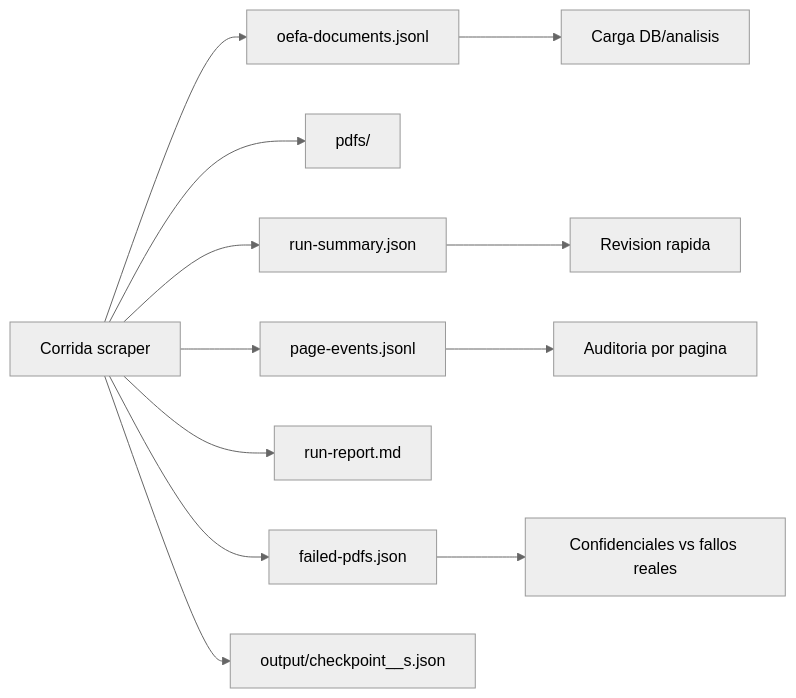
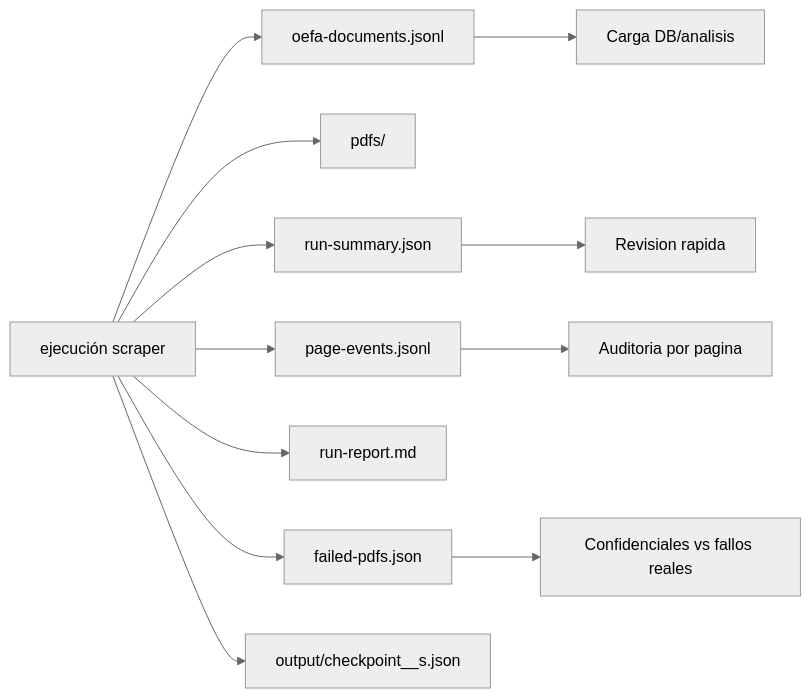
One commit to GatoProgramador-01/pj-peru-scraper changed the fourth of 5 diagrams in README.md. Above: the diagram before and after it, drawn with Mermaid (neutral theme). The commit also changed other lines of this file and 5 other files, not shown here.

````diff
--- a/README.md
+++ b/README.md
@@ -247,15 +247,15 @@
 ```mermaid
 flowchart LR
-    Run["Corrida scraper"] --> JSONL["oefa-documents.jsonl"]
+    Run["ejecución scraper"] --> JSONL["oefa-documents.jsonl"]
     Run --> PDFDir["pdfs/"]
     Run --> Summary["run-summary.json"]
     Run --> Events["page-events.jsonl"]
     Run --> Report["run-report.md"]
     Run --> Failed["failed-pdfs.json"]
     Run --> Checkpoint["output/checkpoint_<site>_s<sector>.json"]
 
     Summary --> Review["Revision rapida"]
     Events --> Timeline["Auditoria por pagina"]
     Failed --> RetryAudit["Confidenciales vs fallos reales"]
     JSONL --> DB["Carga DB/analisis"]
 ```
````
